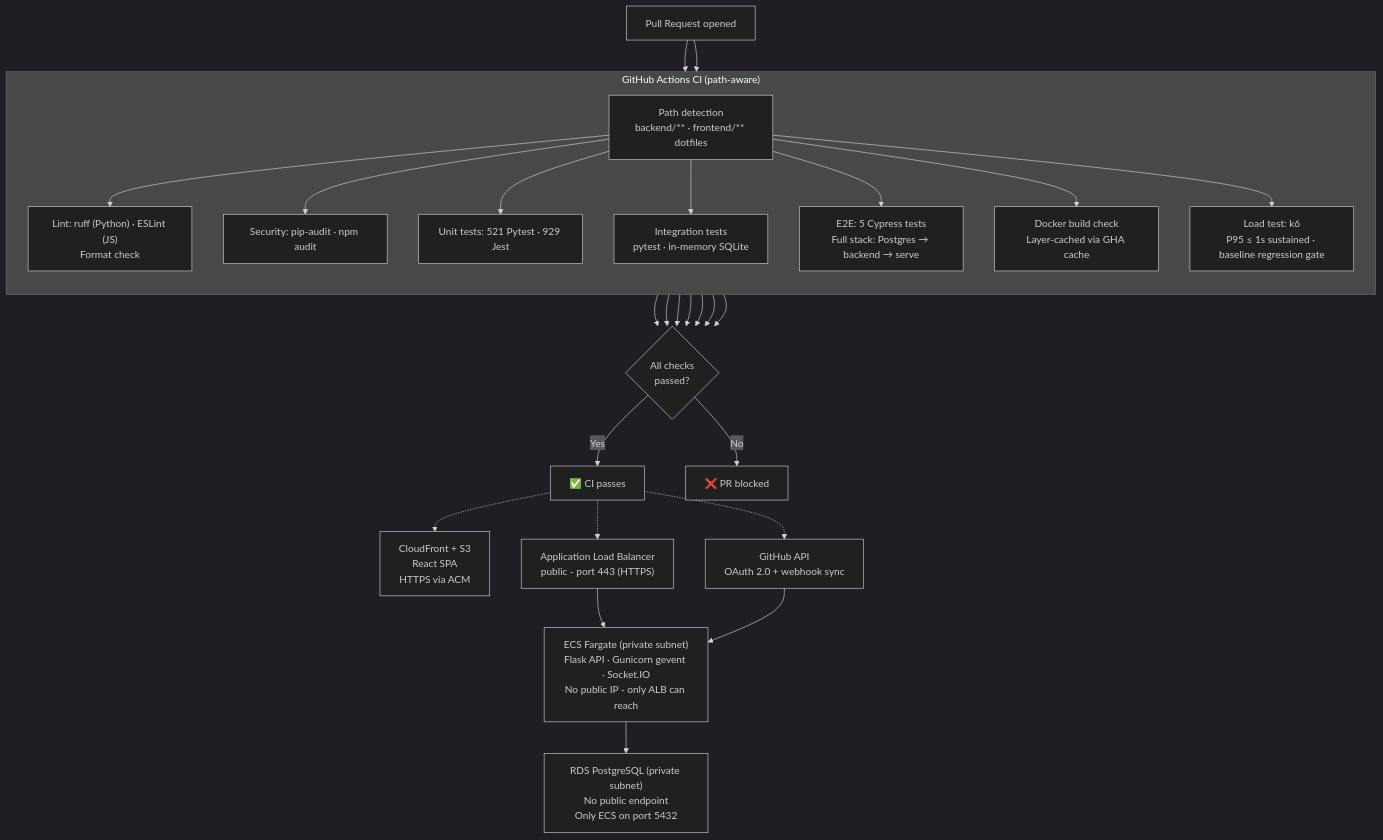
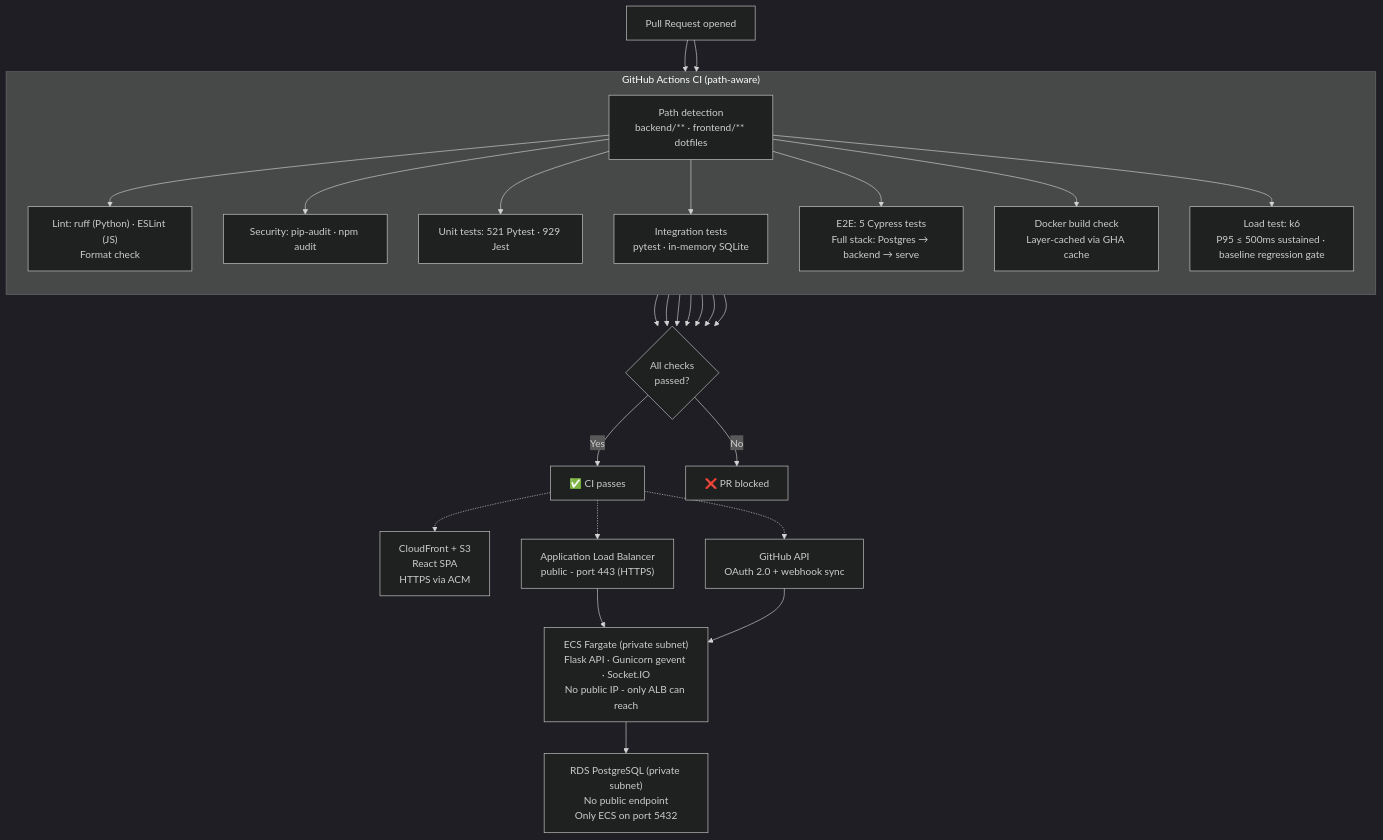
Before and after one commit to AhmedIkram05/devsync: the first of 6 diagrams in README.md, drawn with Mermaid (dark theme). The commit also changed other lines of this file and 3 other files, not shown here.

````diff
--- a/README.md
+++ b/README.md
@@ -61,39 +61,39 @@
 ```mermaid
 flowchart TD
     PR[Pull Request opened] --> CI
  
     subgraph CI["GitHub Actions CI (path-aware)"]
         direction TB
         changes["Path detection\nbackend/** · frontend/** dotfiles"]
         lint["Lint: ruff (Python) · ESLint (JS)\nFormat check"]
         security["Security: pip-audit · npm audit"]
         unit["Unit tests: 521 Pytest · 929 Jest"]
         integration["Integration tests\npytest · in-memory SQLite"]
 e2e["E2E: 5 Cypress tests\nFull stack: Postgres → backend → serve"]
         docker["Docker build check\nLayer-cached via GHA cache"]
-        load["Load test: k6\nP95 ≤ 1s sustained · baseline regression gate"]
+        load["Load test: k6\nP95 ≤ 500ms sustained · baseline regression gate"]
     end
   
     PR --> changes
     changes --> lint
     changes --> security
     changes --> unit
     changes --> integration
     changes --> e2e
     changes --> docker
     changes --> load
     lint & security & unit & integration & e2e & docker & load --> Gate{"All checks\npassed?"}
     Gate -->|"Yes"| DeployOK["✅ CI passes"]
     Gate -->|"No"| DeployFail["❌ PR blocked"]
  
     DeployOK -.-> CF["CloudFront + S3\nReact SPA\nHTTPS via ACM"]
     DeployOK -.-> ALB["Application Load Balancer\npublic - port 443 (HTTPS)"]
     DeployOK -.-> GH["GitHub API\nOAuth 2.0 + webhook sync"]
  
     ALB --> ECS
     GH --> ECS
  
     ECS["ECS Fargate (private subnet)\nFlask API · Gunicorn gevent · Socket.IO\nNo public IP - only ALB can reach"]
  
     ECS --> RDS["RDS PostgreSQL (private subnet)\nNo public endpoint\nOnly ECS on port 5432"]
 ```
````
